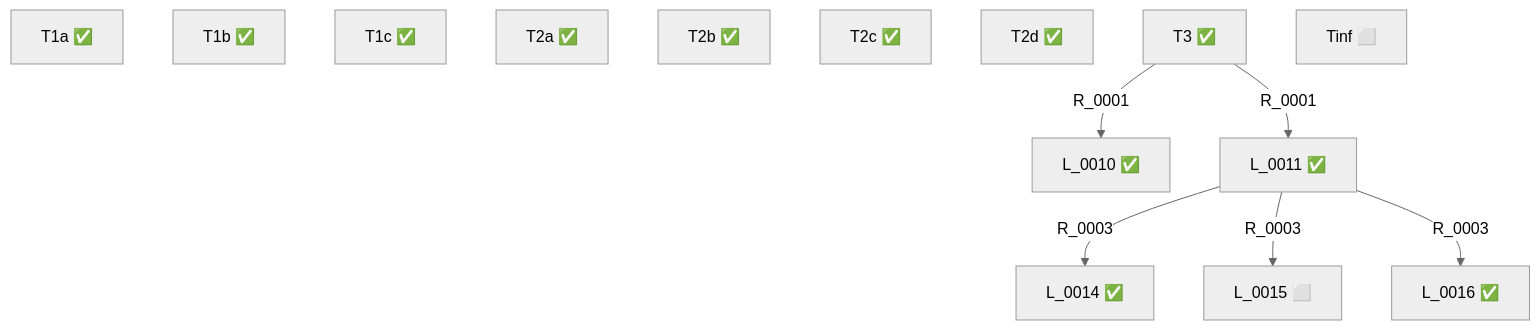
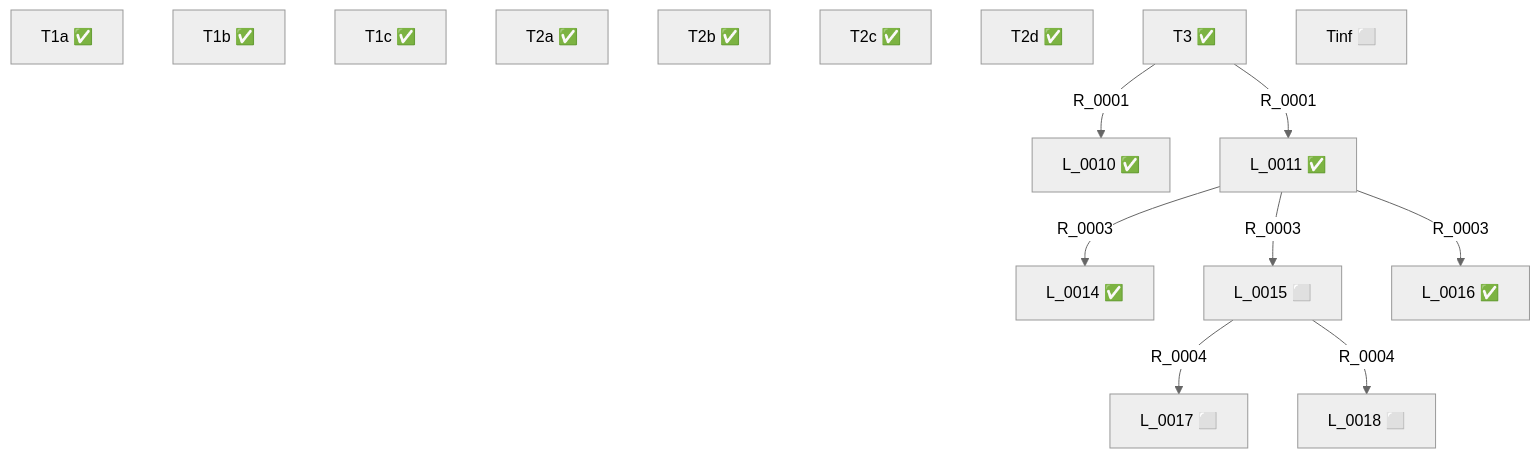
The diagram in STATUS.md (ruca-maths/nickel), drawn with Mermaid (neutral theme) before and after one commit. The commit also changed other lines of this file and 6 other files, not shown here.

Commit message:
architect-1: Proofs.R_0004 を受理

````diff
--- a/STATUS.md
+++ b/STATUS.md
@@ -32,22 +34,26 @@
 ```mermaid
 graph TD
   L_0001["T1a ✅"]
   L_0002["T1b ✅"]
   L_0003["T1c ✅"]
   L_0004["T2a ✅"]
   L_0005["T2b ✅"]
   L_0006["T2c ✅"]
   L_0007["T2d ✅"]
   L_0008["T3 ✅"]
   L_0009["Tinf ⬜"]
   L_0010["L_0010 ✅"]
   L_0011["L_0011 ✅"]
   L_0014["L_0014 ✅"]
   L_0015["L_0015 ⬜"]
   L_0016["L_0016 ✅"]
+  L_0017["L_0017 ⬜"]
+  L_0018["L_0018 ⬜"]
   L_0008 -->|R_0001| L_0010
   L_0008 -->|R_0001| L_0011
   L_0011 -->|R_0003| L_0014
   L_0011 -->|R_0003| L_0015
   L_0011 -->|R_0003| L_0016
+  L_0015 -->|R_0004| L_0017
+  L_0015 -->|R_0004| L_0018
 ```
````
